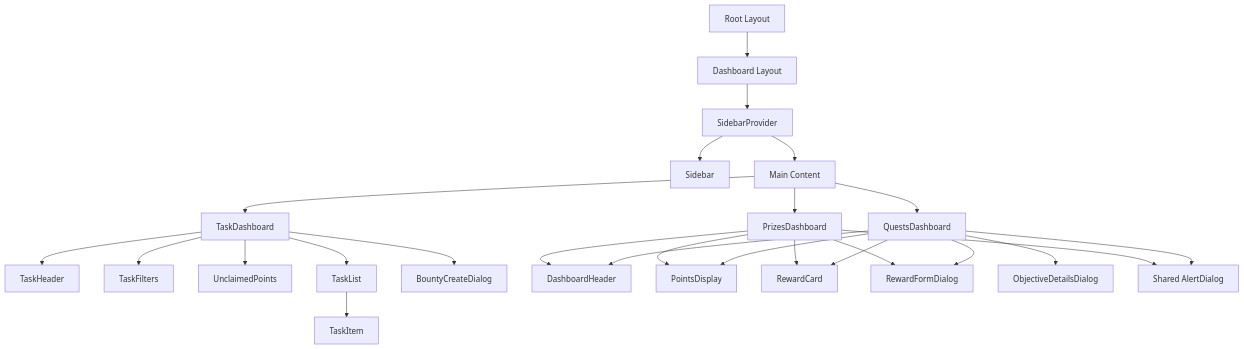
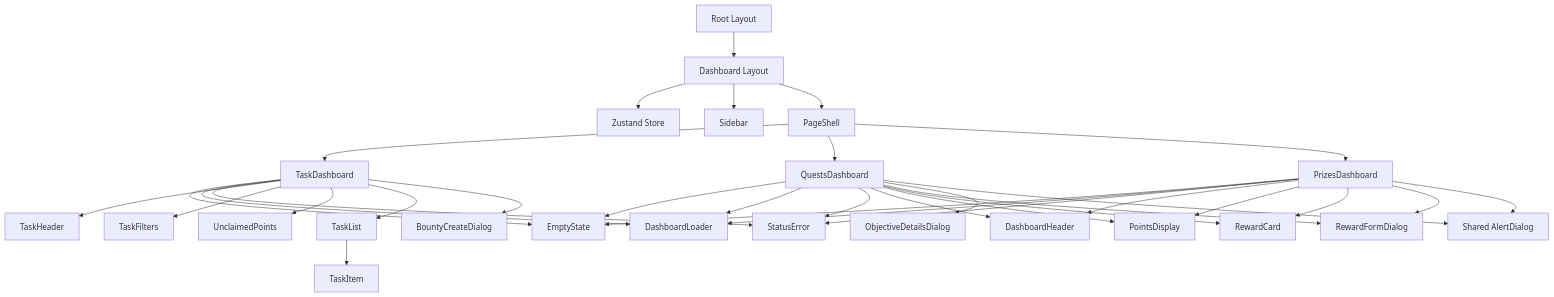
The diagram in .context/audit-architecture-results.md (dhanushdotcodes/Inaam), drawn with Mermaid before and after one commit. The commit also changed other lines of this file and 17 other files, not shown here.

Commit message:
refactor(client): implement shared abstractions, custom hooks, and migrate state to zustand based on architectural audit

````diff
--- a/.context/audit-architecture-results.md
+++ b/.context/audit-architecture-results.md
@@ -15,34 +15,45 @@
 ```mermaid
 graph TD
     Root[Root Layout] --> DashboardLayout[Dashboard Layout]
-    DashboardLayout --> SidebarProvider[SidebarProvider]
-    SidebarProvider --> Sidebar[Sidebar]
-    SidebarProvider --> Main[Main Content]
+    DashboardLayout --> Store[Zustand Store]
+    DashboardLayout --> Sidebar[Sidebar]
+    DashboardLayout --> PageShell[PageShell]
     
-    Main --> Tasks[TaskDashboard]
-    Main --> Quests[QuestsDashboard]
-    Main --> Prizes[PrizesDashboard]
+    PageShell --> Tasks[TaskDashboard]
+    PageShell --> Quests[QuestsDashboard]
+    PageShell --> Prizes[PrizesDashboard]
+
+    %% Shared Components usage
+    Tasks --> EmptyState
+    Tasks --> DashboardLoader
+    Tasks --> StatusError
+    Quests --> EmptyState
+    Quests --> DashboardLoader
+    Quests --> StatusError
+    Prizes --> EmptyState
+    Prizes --> DashboardLoader
+    Prizes --> StatusError
 
     %% Tasks Hierarchy
     Tasks --> TaskHeader
     Tasks --> TaskFilters
     Tasks --> UnclaimedPoints
     Tasks --> TaskList
     TaskList --> TaskItem
     Tasks --> BountyCreateDialog
     
     %% Quests Hierarchy
     Quests --> DashboardHeader
     Quests --> PointsDisplay
     Quests --> RewardCard
     Quests --> RewardFormDialog
     Quests --> ObjectiveDetailsDialog
     Quests --> AlertDialog
     
     %% Prizes Hierarchy
     Prizes --> DashboardHeader
     Prizes --> PointsDisplay
     Prizes --> RewardCard
     Prizes --> RewardFormDialog
     Prizes --> AlertDialog[Shared AlertDialog]
 ```
````
